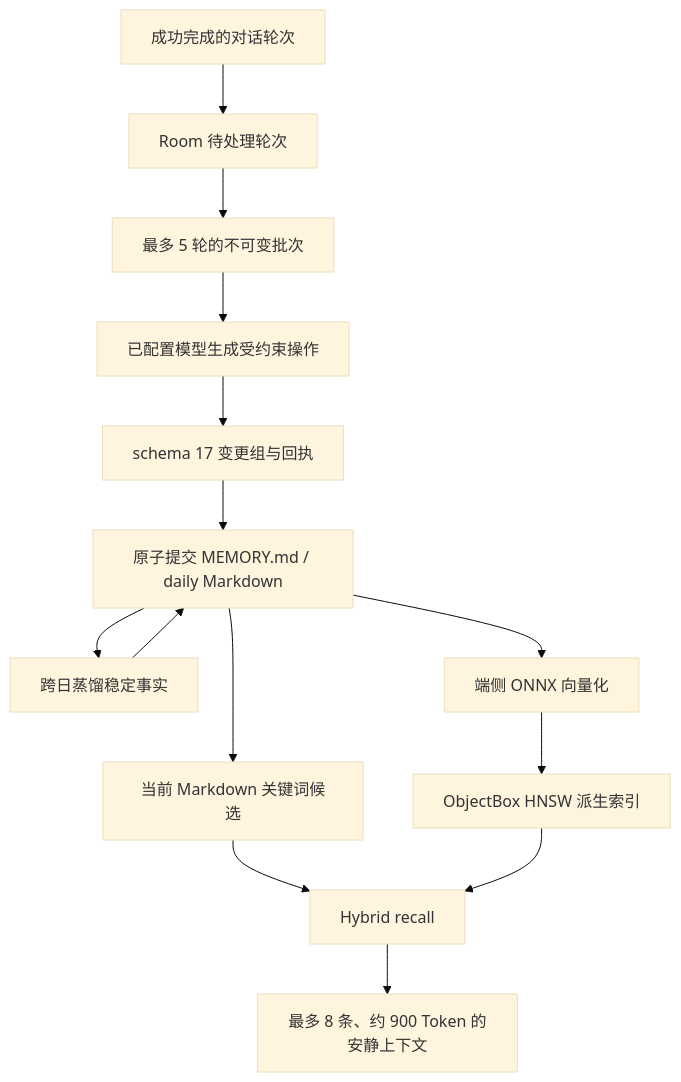
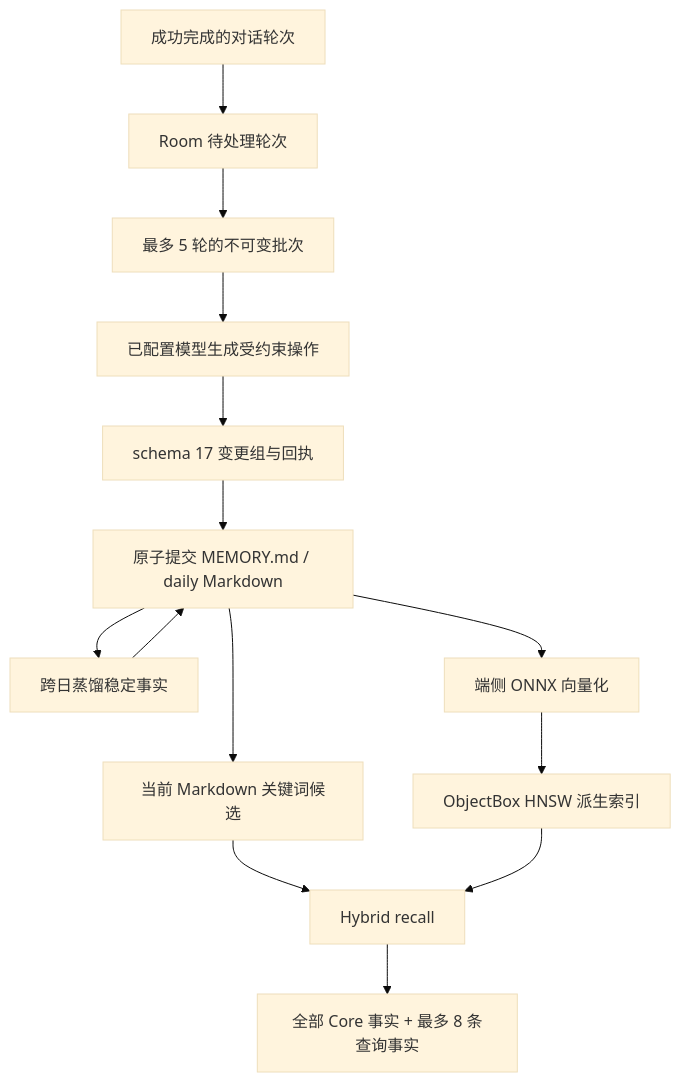
The first of 2 diagrams in README.md (NaBr406/ChatWithChat), drawn with Mermaid (base theme) before and after one commit. The commit also changed other lines of this file and 30 other files, not shown here.

````diff
--- a/README.md
+++ b/README.md
@@ -180,16 +180,16 @@
 ```mermaid
 flowchart TD
     TURN["成功完成的对话轮次"] --> PENDING["Room 待处理轮次"]
     PENDING --> BATCH["最多 5 轮的不可变批次"]
     BATCH --> LLM["已配置模型生成受约束操作"]
     LLM --> RECEIPT["schema 17 变更组与回执"]
     RECEIPT --> MARKDOWN["原子提交 MEMORY.md / daily Markdown"]
     MARKDOWN --> DISTILL["跨日蒸馏稳定事实"]
     DISTILL --> MARKDOWN
     MARKDOWN --> LEXICAL["当前 Markdown 关键词候选"]
     MARKDOWN --> EMBEDDING["端侧 ONNX 向量化"]
     EMBEDDING --> HNSW["ObjectBox HNSW 派生索引"]
     LEXICAL --> HYBRID["Hybrid recall"]
     HNSW --> HYBRID
-    HYBRID --> PROMPT["最多 8 条、约 900 Token 的安静上下文"]
+    HYBRID --> PROMPT["全部 Core 事实 + 最多 8 条查询事实"]
 ```
````
